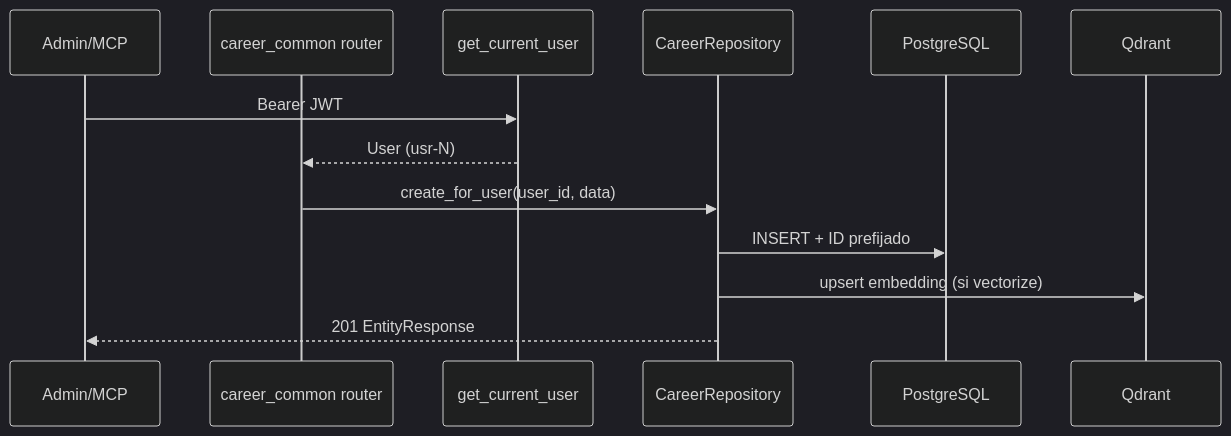
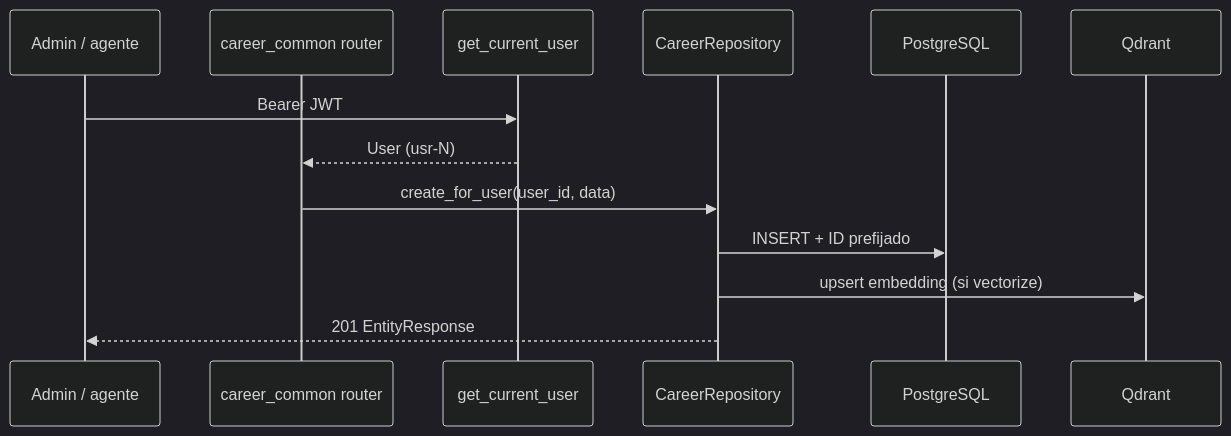
One commit to cjhirashi/cjhirashi-career changed the fourth of 5 diagrams in cjhirashi-career-api/docs/ARCHITECTURE.md. Above: the diagram before and after it, drawn with Mermaid (dark theme). The commit also changed other lines of this file and 44 other files, not shown here.

````diff
--- a/cjhirashi-career-api/docs/ARCHITECTURE.md
+++ b/cjhirashi-career-api/docs/ARCHITECTURE.md
@@ -231,16 +239,16 @@
 ```mermaid
 sequenceDiagram
-    participant C as Admin/MCP
+    participant C as Admin / agente
     participant R as career_common router
     participant M as get_current_user
     participant Repo as CareerRepository
     participant DB as PostgreSQL
     participant Q as Qdrant
 
     C->>M: Bearer JWT
     M-->>R: User (usr-N)
     R->>Repo: create_for_user(user_id, data)
     Repo->>DB: INSERT + ID prefijado
     Repo->>Q: upsert embedding (si vectorize)
     Repo-->>C: 201 EntityResponse
 ```
````
